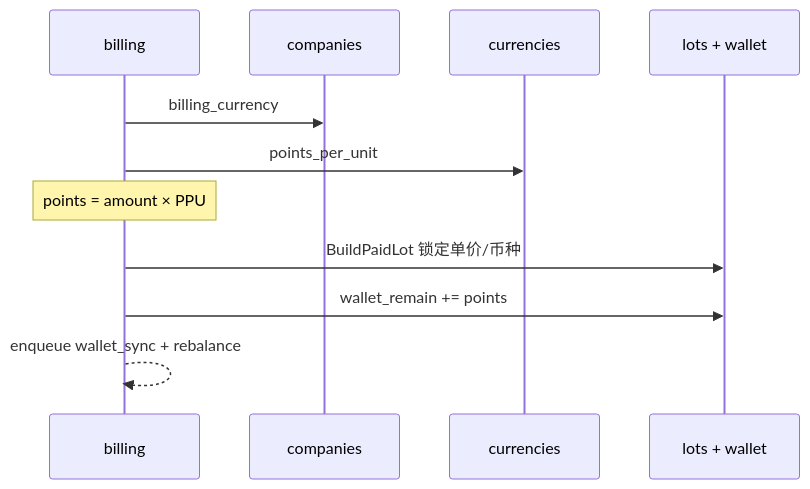
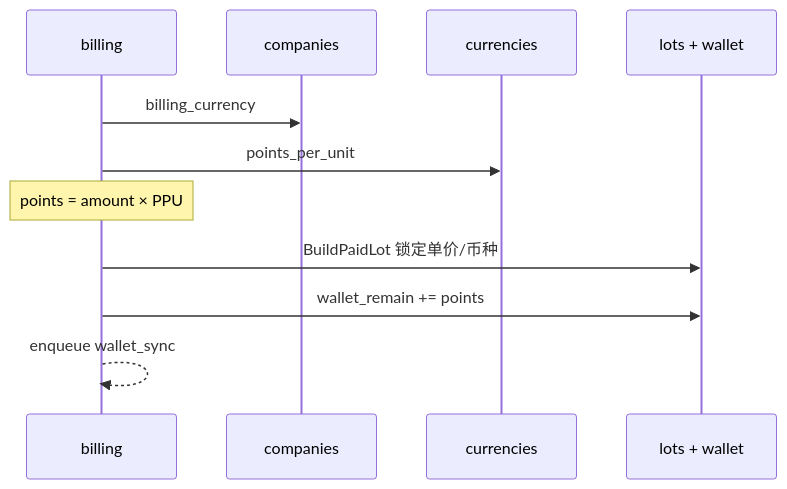
Before and after one commit to quyip8818/mytokenjoy: the fourth of 6 diagrams in docs/Backend-计费模式.md, drawn with Mermaid. The commit also changed other lines of this file and 30 other files, not shown here.

````diff
--- a/docs/Backend-计费模式.md
+++ b/docs/Backend-计费模式.md
@@ -166,14 +166,14 @@
 ```mermaid
 sequenceDiagram
   participant B as billing
   participant Co as companies
   participant Cur as currencies
   participant PG as lots + wallet
 
   B->>Co: billing_currency
   B->>Cur: points_per_unit
   Note over B: points = amount × PPU
   B->>PG: BuildPaidLot 锁定单价/币种
   B->>PG: wallet_remain += points
-  B-->>B: enqueue wallet_sync + rebalance
+  B-->>B: enqueue wallet_sync
 ```
````
